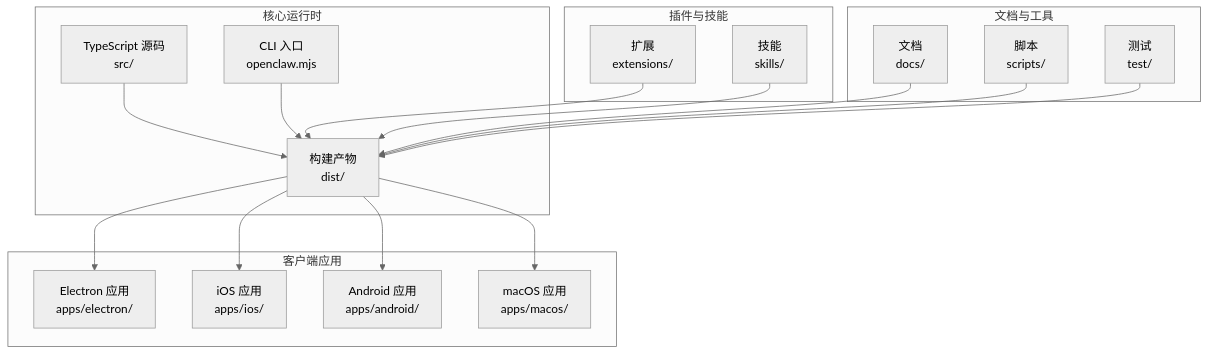
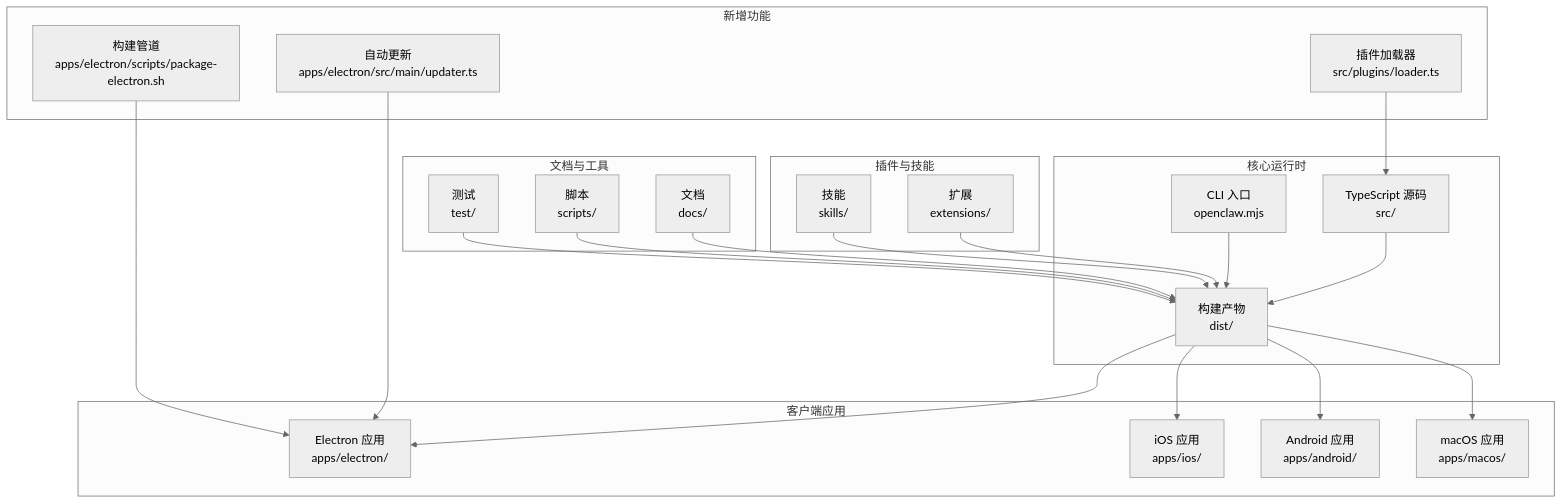
Before and after one commit to verse-ai-org/openclaw: the first of 10 diagrams in .qoder/repowiki/zh/content/开发者指南/开发者指南.md, drawn with Mermaid (neutral theme). The commit also changed other lines of this file and 23 other files, not shown here.

Commit message:
feat(electron): auto upgreade

````diff
--- a/.qoder/repowiki/zh/content/开发者指南/开发者指南.md
+++ b/.qoder/repowiki/zh/content/开发者指南/开发者指南.md
@@ -61,34 +82,42 @@
 ```mermaid
 graph TB
 subgraph "核心运行时"
 TS["TypeScript 源码<br/>src/"]
 DIST["构建产物<br/>dist/"]
 BIN["CLI 入口<br/>openclaw.mjs"]
 end
 subgraph "客户端应用"
 ELEC["Electron 应用<br/>apps/electron/"]
 IOS["iOS 应用<br/>apps/ios/"]
 ANDR["Android 应用<br/>apps/android/"]
 MAC["macOS 应用<br/>apps/macos/"]
 end
 subgraph "插件与技能"
 EXT["扩展<br/>extensions/"]
 SKL["技能<br/>skills/"]
 end
 subgraph "文档与工具"
 DOCS["文档<br/>docs/"]
 SCRIPTS["脚本<br/>scripts/"]
 TESTS["测试<br/>test/"]
 end
+subgraph "新增功能"
+AUTO["自动更新<br/>apps/electron/src/main/updater.ts"]
+BUILD["构建管道<br/>apps/electron/scripts/package-electron.sh"]
+PLUGIN["插件加载器<br/>src/plugins/loader.ts"]
+end
 TS --> DIST
 BIN --> DIST
 DIST --> ELEC
 DIST --> IOS
 DIST --> ANDR
 DIST --> MAC
 EXT --> DIST
 SKL --> DIST
 DOCS --> DIST
 SCRIPTS --> DIST
 TESTS --> DIST
+AUTO --> ELEC
+BUILD --> ELEC
+PLUGIN --> TS
 ```
````
